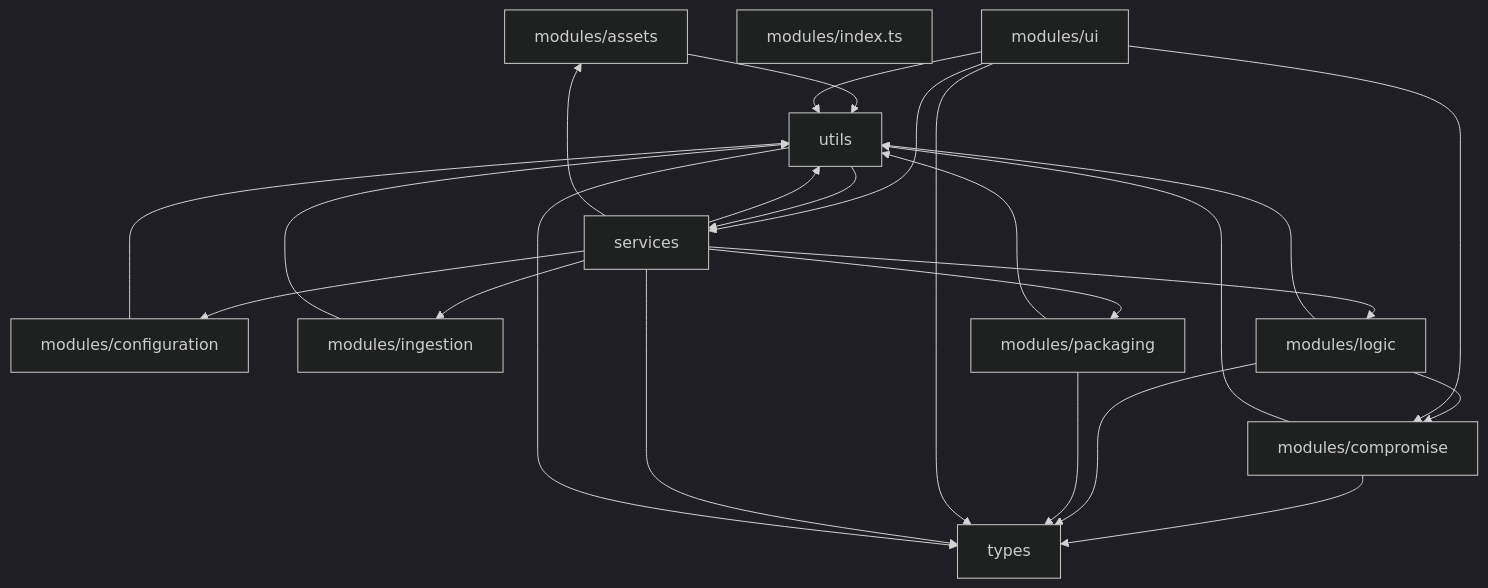
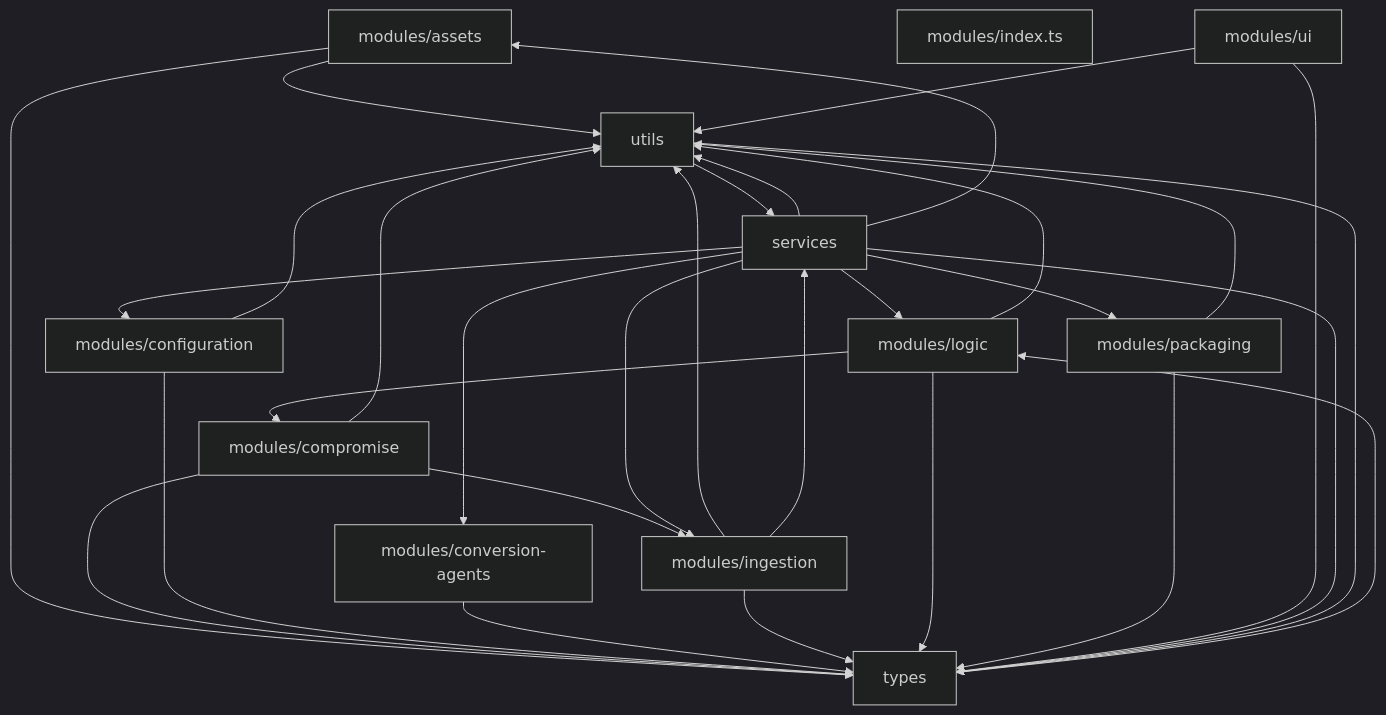
One commit to anchapin/mineport changed the diagram in docs/module-dependencies.md. Above: the diagram before and after it, drawn with Mermaid (dark theme). The commit also changed other lines of this file and 42 other files, not shown here.

````diff
--- a/docs/module-dependencies.md
+++ b/docs/module-dependencies.md
@@ -7,38 +7,45 @@
 ```mermaid
 graph TD
     assets[modules/assets]
     compromise[modules/compromise]
     configuration[modules/configuration]
+    conversion-agents[modules/conversion-agents]
     index.ts[modules/index.ts]
     ingestion[modules/ingestion]
     logic[modules/logic]
     packaging[modules/packaging]
     ui[modules/ui]
     services[services]
     types[types]
     utils[utils]
 
     assets --> utils
+    assets --> types
     compromise --> types
+    compromise --> ingestion
     compromise --> utils
     configuration --> utils
+    configuration --> types
+    conversion-agents --> types
     ingestion --> utils
+    ingestion --> types
+    ingestion --> services
+    logic --> utils
     logic --> compromise
     logic --> types
-    logic --> utils
+    packaging --> types
     packaging --> utils
-    packaging --> types
-    ui --> services
-    ui --> compromise
     ui --> types
     ui --> utils
+    services --> logic
+    services --> types
     services --> utils
-    services --> types
     services --> assets
-    services --> logic
     services --> ingestion
     services --> configuration
     services --> packaging
+    services --> conversion-agents
+    types --> logic
     utils --> services
     utils --> types
 ```
````
